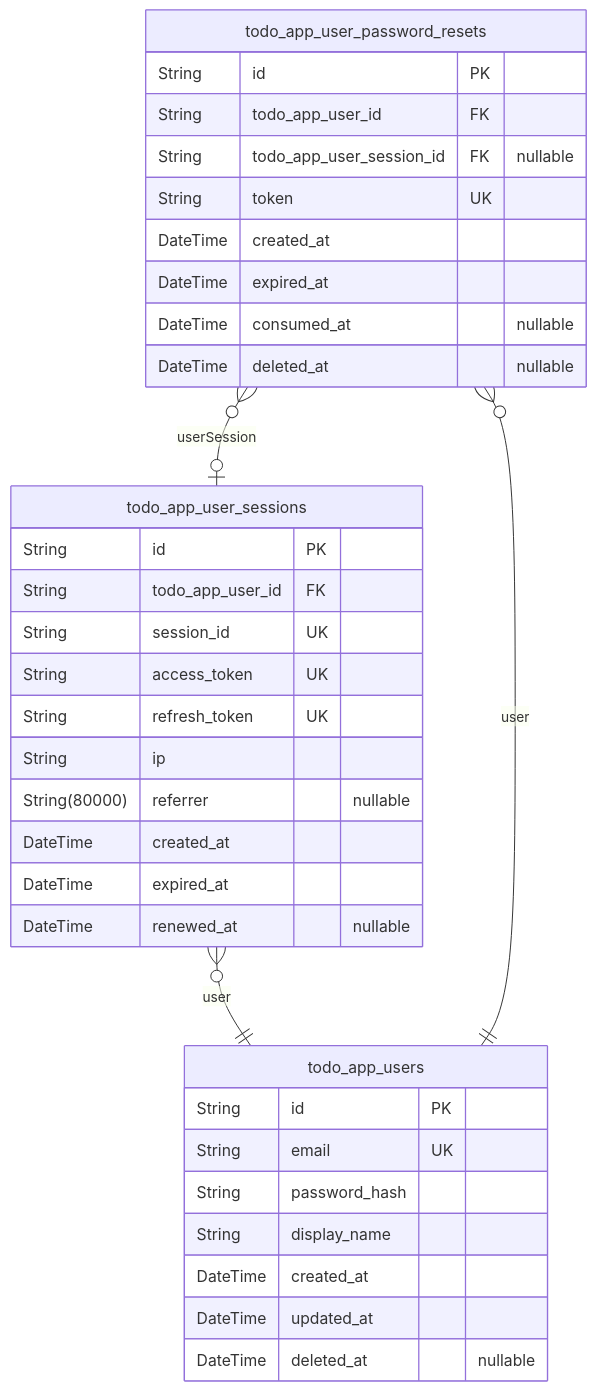
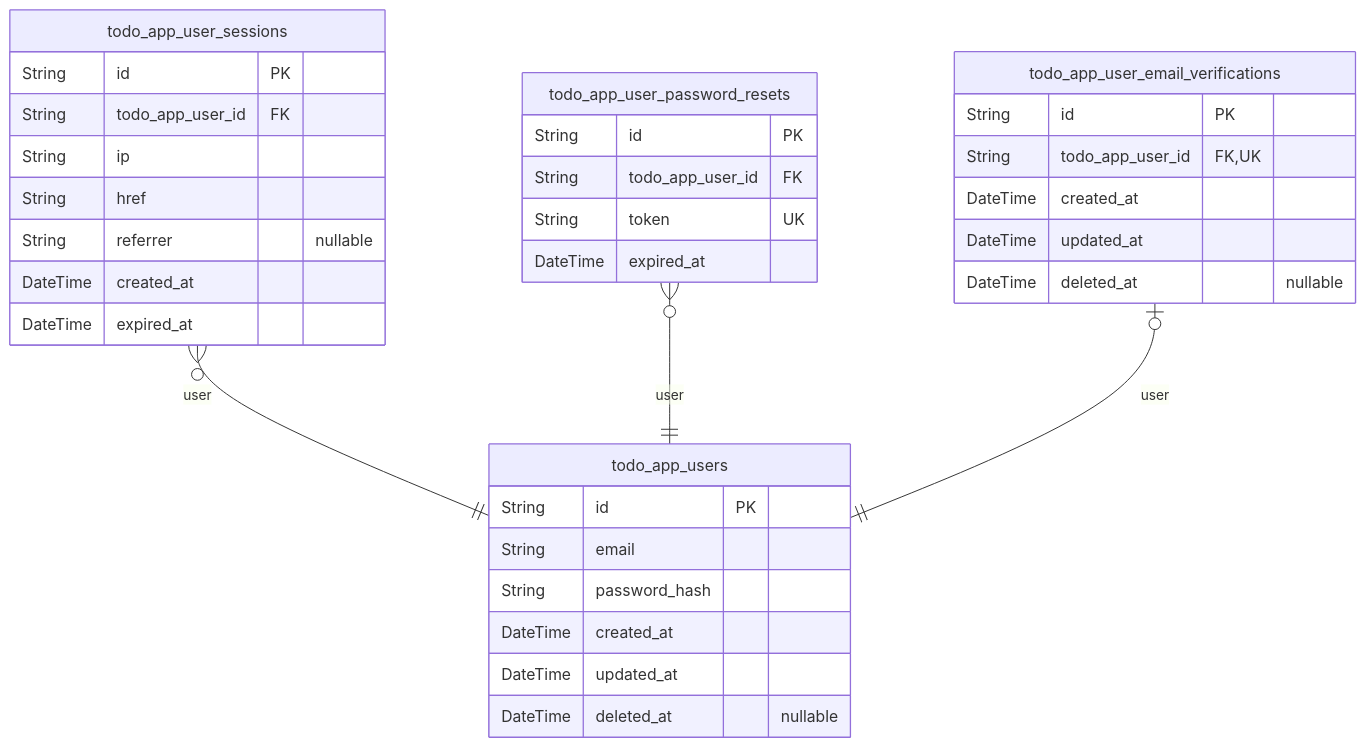
The first of 2 diagrams in qwen/qwen3-coder-next/todo/docs/ERD.md (wrtnlabs/autobe-examples), drawn with Mermaid before and after one commit. The commit also changed other lines of this file and 25939 other files, not shown here.

````diff
--- a/qwen/qwen3-coder-next/todo/docs/ERD.md
+++ b/qwen/qwen3-coder-next/todo/docs/ERD.md
@@ -11,37 +10,36 @@
 ```mermaid
 erDiagram
 "todo_app_users" {
   String id PK
-  String email UK
+  String email
   String password_hash
-  String display_name
   DateTime created_at
   DateTime updated_at
   DateTime deleted_at "nullable"
 }
 "todo_app_user_sessions" {
   String id PK
   String todo_app_user_id FK
-  String session_id UK
-  String access_token UK
-  String refresh_token UK
   String ip
-  String(80000) referrer "nullable"
+  String href
+  String referrer "nullable"
   DateTime created_at
   DateTime expired_at
-  DateTime renewed_at "nullable"
 }
 "todo_app_user_password_resets" {
   String id PK
   String todo_app_user_id FK
-  String todo_app_user_session_id FK "nullable"
   String token UK
+  DateTime expired_at
+}
+"todo_app_user_email_verifications" {
+  String id PK
+  String todo_app_user_id FK,UK
   DateTime created_at
-  DateTime expired_at
-  DateTime consumed_at "nullable"
+  DateTime updated_at
   DateTime deleted_at "nullable"
 }
 "todo_app_user_sessions" }o--|| "todo_app_users" : user
 "todo_app_user_password_resets" }o--|| "todo_app_users" : user
-"todo_app_user_password_resets" }o--o| "todo_app_user_sessions" : userSession
+"todo_app_user_email_verifications" |o--|| "todo_app_users" : user
 ```
````
